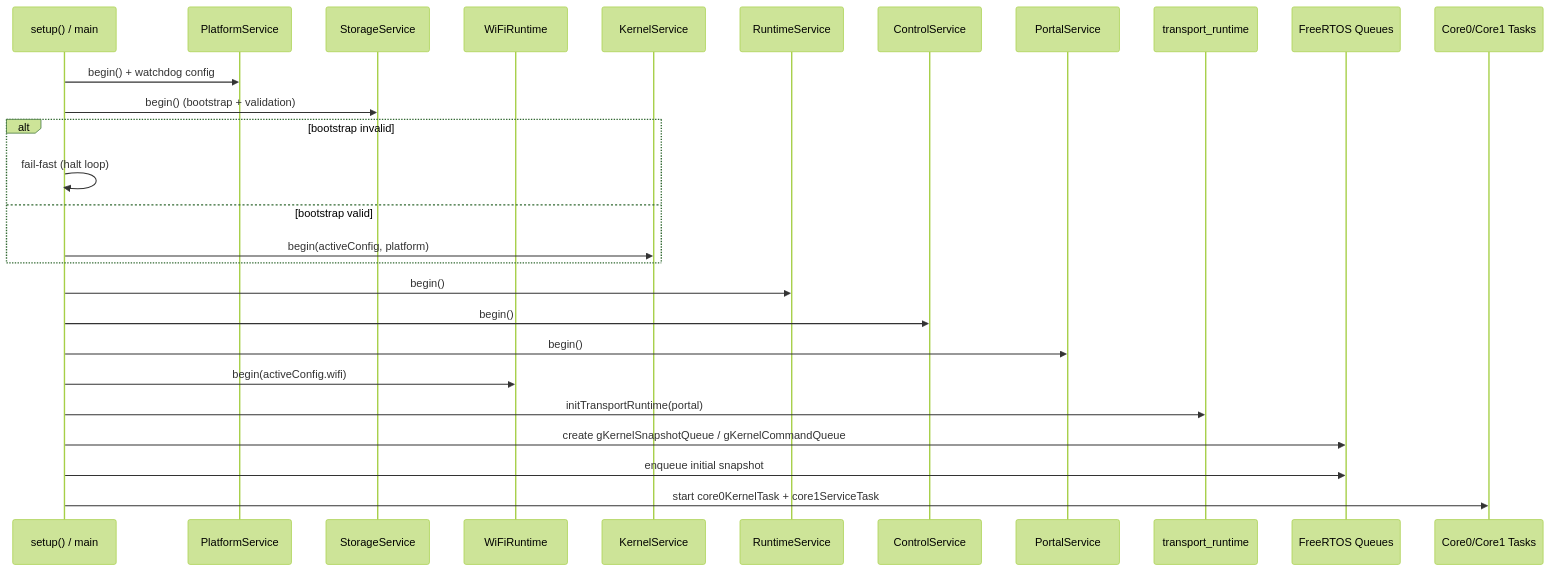
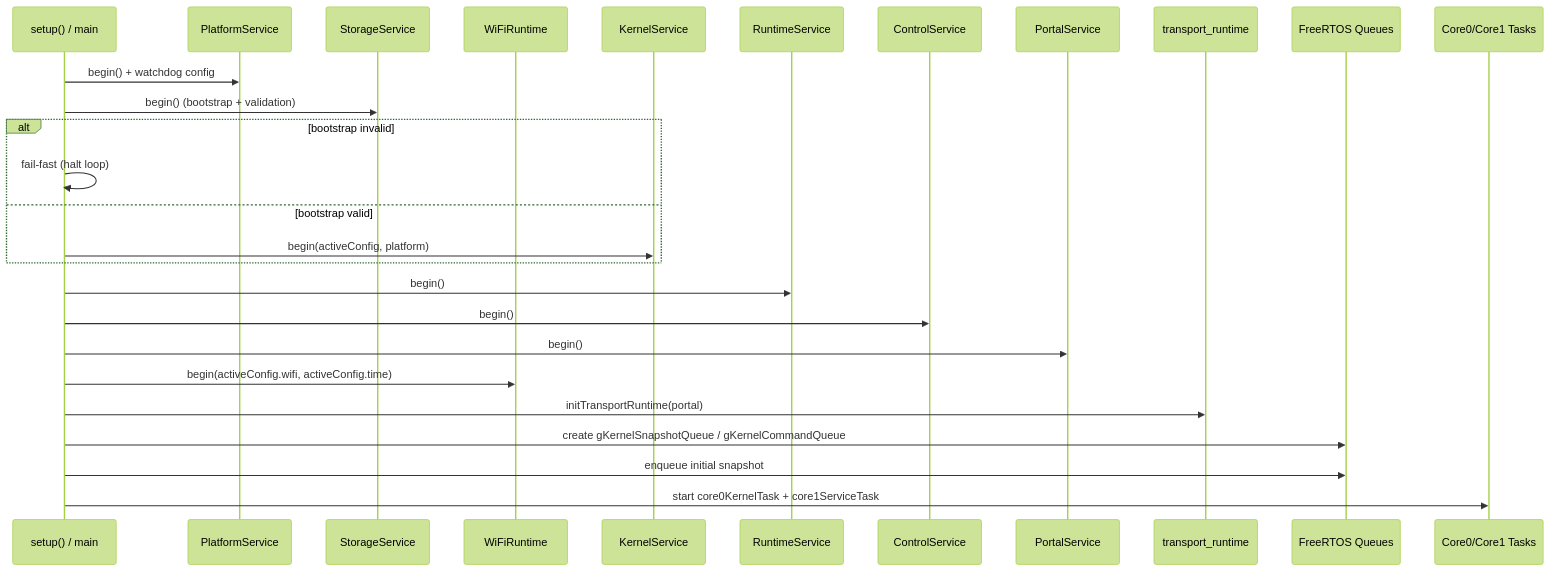
One commit to tamim-factorynext/Advanced-Timer-V3 changed the first of 5 diagrams in docs/ARCHITECTURE.md. Above: the diagram before and after it, drawn with Mermaid (forest theme). The commit also changed other lines of this file and 16 other files, not shown here.

````diff
--- a/docs/ARCHITECTURE.md
+++ b/docs/ARCHITECTURE.md
@@ -100,30 +100,30 @@
 ```mermaid
 sequenceDiagram
   participant Boot as setup() / main
   participant P as PlatformService
   participant S as StorageService
   participant W as WiFiRuntime
   participant K as KernelService
   participant R as RuntimeService
   participant C as ControlService
   participant Portal as PortalService
   participant T as transport_runtime
   participant Q as FreeRTOS Queues
   participant Tasks as Core0/Core1 Tasks
 
   Boot->>P: begin() + watchdog config
   Boot->>S: begin() (bootstrap + validation)
   alt bootstrap invalid
     Boot->>Boot: fail-fast (halt loop)
   else bootstrap valid
     Boot->>K: begin(activeConfig, platform)
   end
   Boot->>R: begin()
   Boot->>C: begin()
   Boot->>Portal: begin()
-  Boot->>W: begin(activeConfig.wifi)
+  Boot->>W: begin(activeConfig.wifi, activeConfig.time)
   Boot->>T: initTransportRuntime(portal)
   Boot->>Q: create gKernelSnapshotQueue / gKernelCommandQueue
   Boot->>Q: enqueue initial snapshot
   Boot->>Tasks: start core0KernelTask + core1ServiceTask
 ```
````
